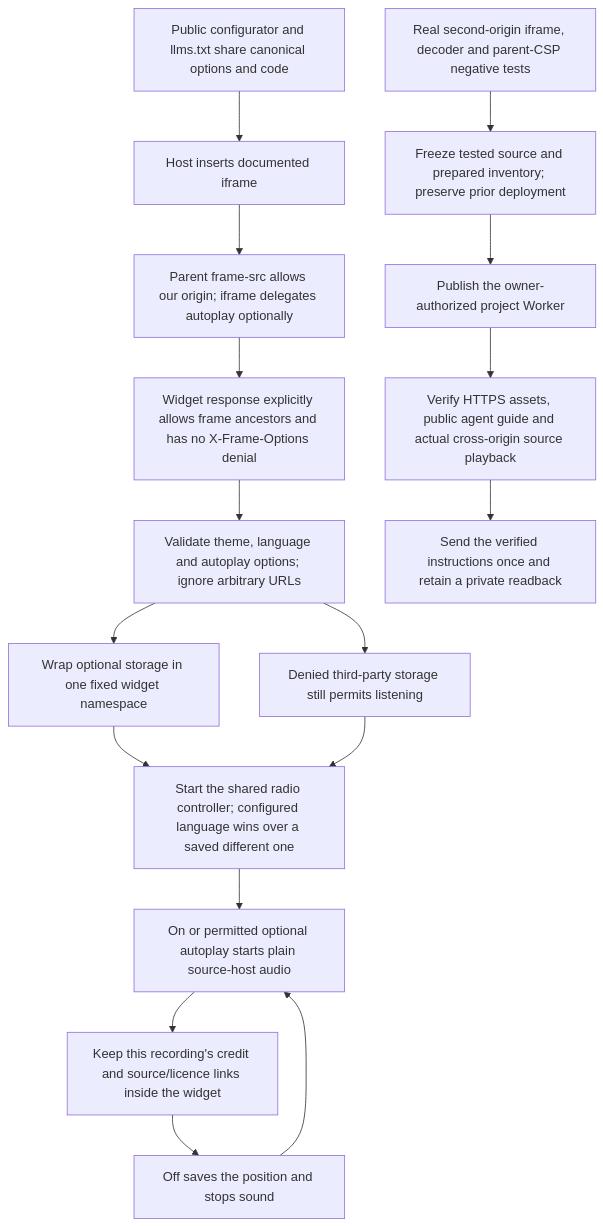
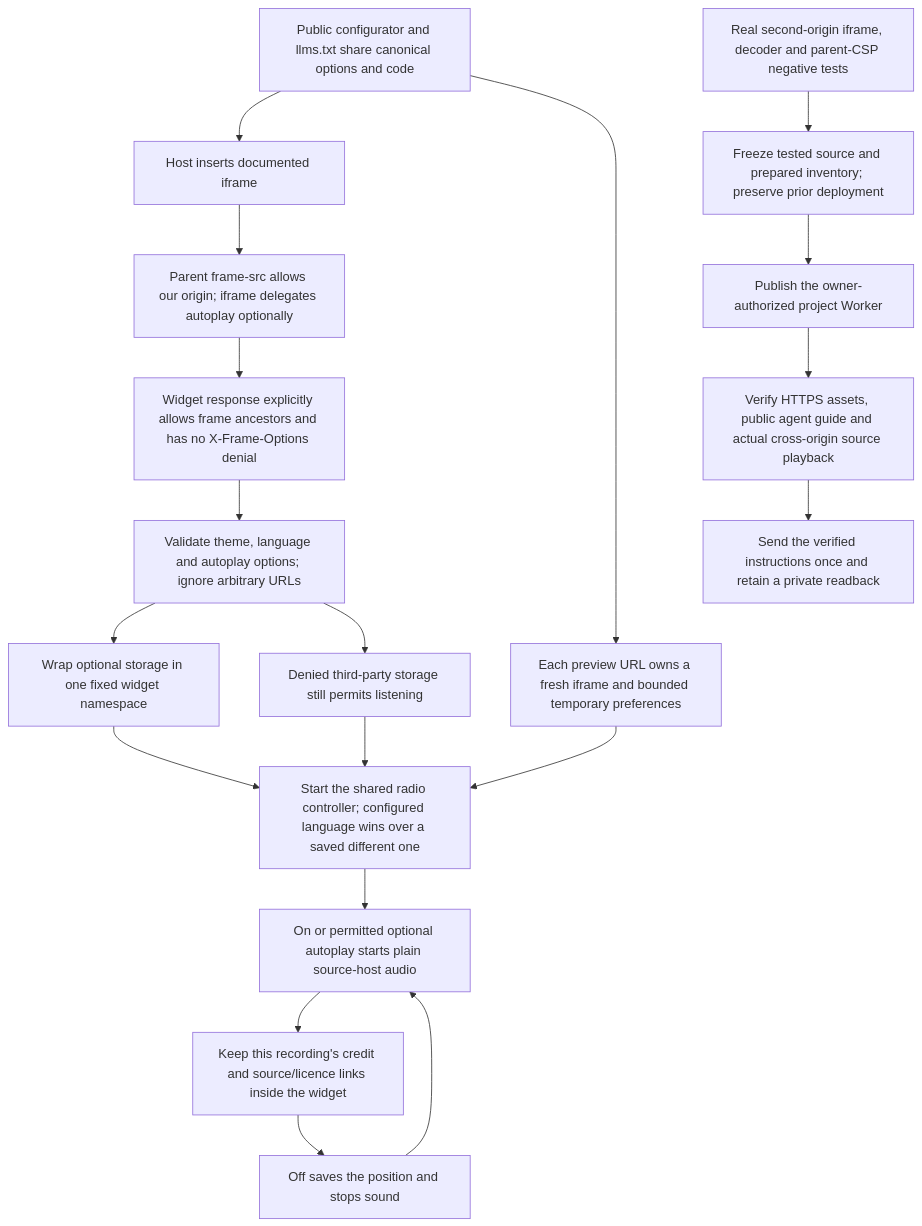
Before and after one commit to loveJesus/audiobiblerad.io-chirho: the diagram in spec-chirho/workflows-chirho/experience-chirho/widget_workflow_chirho.md, drawn with Mermaid. The commit also changed other lines of this file and 62 other files, not shown here.

````diff
--- a/spec-chirho/workflows-chirho/experience-chirho/widget_workflow_chirho.md
+++ b/spec-chirho/workflows-chirho/experience-chirho/widget_workflow_chirho.md
@@ -7,19 +7,21 @@
 ```mermaid
 flowchart TD
     host_chirho[Host inserts documented iframe] --> policy_chirho[Parent frame-src allows our origin; iframe delegates autoplay optionally]
     policy_chirho --> response_chirho[Widget response explicitly allows frame ancestors and has no X-Frame-Options denial]
     response_chirho --> query_chirho[Validate theme, language and autoplay options; ignore arbitrary URLs]
     query_chirho --> storage_chirho[Wrap optional storage in one fixed widget namespace]
     storage_chirho --> player_chirho[Start the shared radio controller; configured language wins over a saved different one]
     player_chirho --> tap_chirho[On or permitted optional autoplay starts plain source-host audio]
     tap_chirho --> notices_chirho[Keep this recording's credit and source/licence links inside the widget]
     notices_chirho --> off_chirho[Off saves the position and stops sound]
     off_chirho --> tap_chirho
     query_chirho --> no_storage_chirho[Denied third-party storage still permits listening]
     no_storage_chirho --> player_chirho
     docs_chirho[Public configurator and llms.txt share canonical options and code] --> host_chirho
+    docs_chirho --> preview_chirho[Each preview URL owns a fresh iframe and bounded temporary preferences]
+    preview_chirho --> player_chirho
     verification_chirho[Real second-origin iframe, decoder and parent-CSP negative tests] --> freeze_chirho[Freeze tested source and prepared inventory; preserve prior deployment]
     freeze_chirho --> publish_chirho[Publish the owner-authorized project Worker]
     publish_chirho --> live_chirho[Verify HTTPS assets, public agent guide and actual cross-origin source playback]
     live_chirho --> send_chirho[Send the verified instructions once and retain a private readback]
 ```
````
